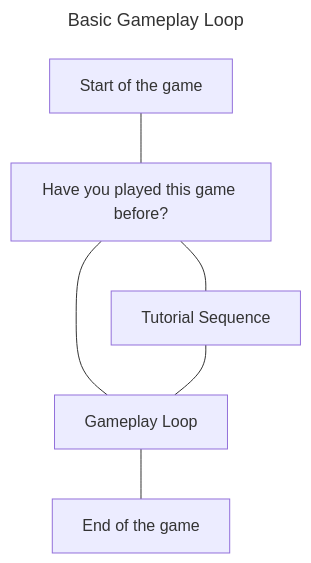
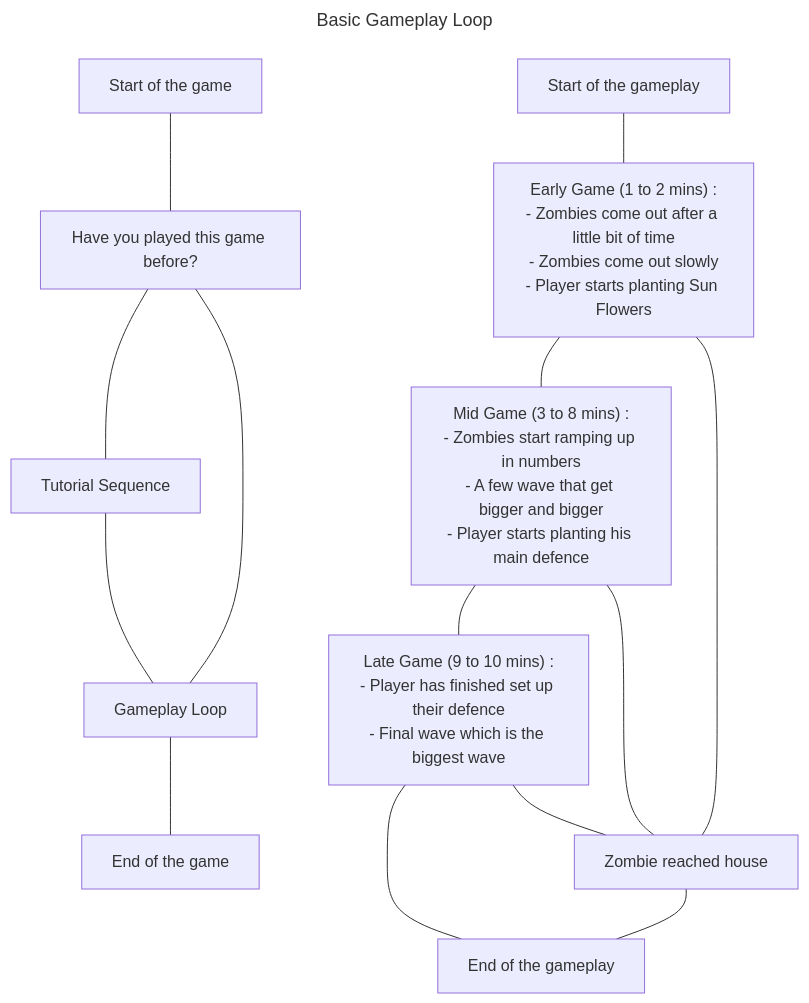
One commit to dengkevin456/PVanierZ changed the diagram in documentation/gameplayloop.md. Above: the diagram before and after it, drawn with Mermaid. The commit also changed other lines of this file, not shown here.

Commit message:
Added a gameplay flowchart

````diff
--- a/documentation/gameplayloop.md
+++ b/documentation/gameplayloop.md
@@ -5,17 +15,47 @@
 ```mermaid
 ---
 title: Basic Gameplay Loop
 ---
 flowchart TD
     start[Start of the game]
     ending[End of the game]
     choice[Have you played this game before?]
     tutorial[Tutorial Sequence]
-    gameplay[Gameplay Loop]
+    gameplay-loop[Gameplay Loop]
+
+    gameplay-start[Start of the gameplay]
+    early-game["`
+    Early Game (1 to 2 mins) :
+    - Zombies come out after a little bit of time
+    - Zombies come out slowly
+    - Player starts planting Sun Flowers
+    `"]
+    mid-game["`
+    Mid Game (3 to 8 mins) :
+    - Zombies start ramping up in numbers
+    - A few wave that get bigger and bigger
+    - Player starts planting his main defence
+    `"]
+    late-game["`
+    Late Game (9 to 10 mins) :
+    - Player has finished set up their defence
+    - Final wave which is the biggest wave
+    `"]
+    brain-eaten[Zombie reached house]
+    gameplay-end[End of the gameplay]
 
     start --- choice
     choice --- tutorial
-    choice --- gameplay
-    tutorial --- gameplay
-    gameplay --- ending
+    choice --- gameplay-loop
+    tutorial --- gameplay-loop
+    gameplay-loop --- ending
+
+    gameplay-start --- early-game
+    early-game --- mid-game
+    mid-game --- late-game
+    late-game --- gameplay-end
+    early-game --- brain-eaten
+    mid-game --- brain-eaten
+    late-game --- brain-eaten
+    brain-eaten --- gameplay-end
 ```
````
